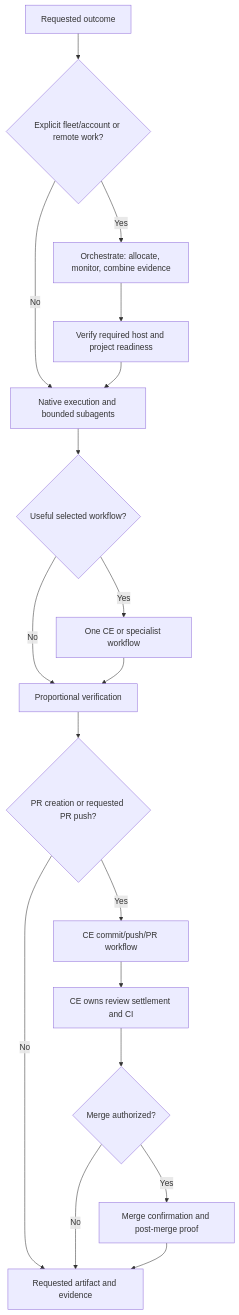
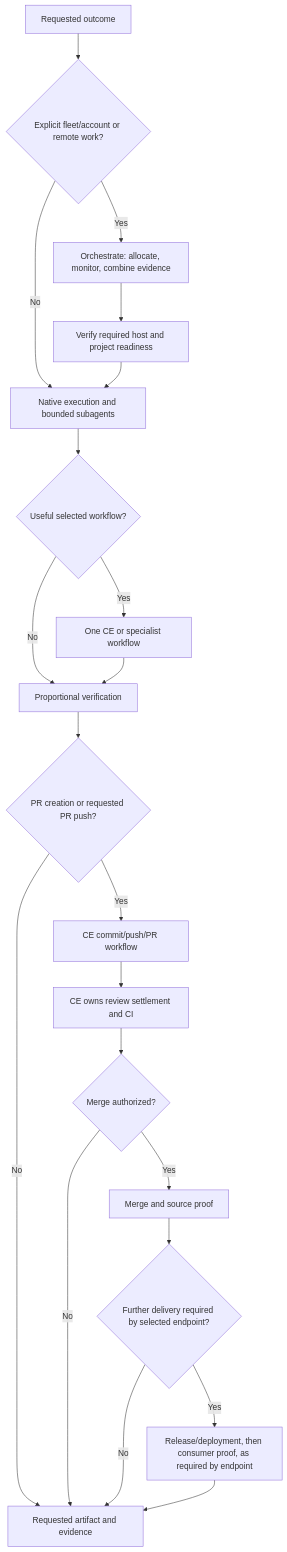
The diagram in docs/delivery-workflows.md (novotnyllc/railyard), drawn with Mermaid before and after one commit. The commit also changed other lines of this file and 20 other files, not shown here.

````diff
--- a/docs/delivery-workflows.md
+++ b/docs/delivery-workflows.md
@@ -26,20 +29,23 @@
 ```mermaid
 flowchart TD
     request["Requested outcome"] --> placement{"Explicit fleet/account or remote work?"}
     placement -- No --> local["Native execution and bounded subagents"]
     placement -- Yes --> orchestration["Orchestrate: allocate, monitor, combine evidence"]
     orchestration --> readiness["Verify required host and project readiness"]
     readiness --> local
     local --> workflow{"Useful selected workflow?"}
     workflow -- Yes --> ce["One CE or specialist workflow"]
     workflow -- No --> check["Proportional verification"]
     ce --> check
     check --> publish{"PR creation or requested PR push?"}
     publish -- Yes --> pr["CE commit/push/PR workflow"]
     publish -- No --> result["Requested artifact and evidence"]
     pr --> settlement["CE owns review settlement and CI"]
     settlement --> terminal{"Merge authorized?"}
     terminal -- No --> result
-    terminal -- Yes --> proof["Merge confirmation and post-merge proof"]
+    terminal -- Yes --> merged["Merge and source proof"]
+    merged --> tail{"Further delivery required by selected endpoint?"}
+    tail -- No --> result
+    tail -- Yes --> proof["Release/deployment, then consumer proof, as required by endpoint"]
     proof --> result
 ```
````
